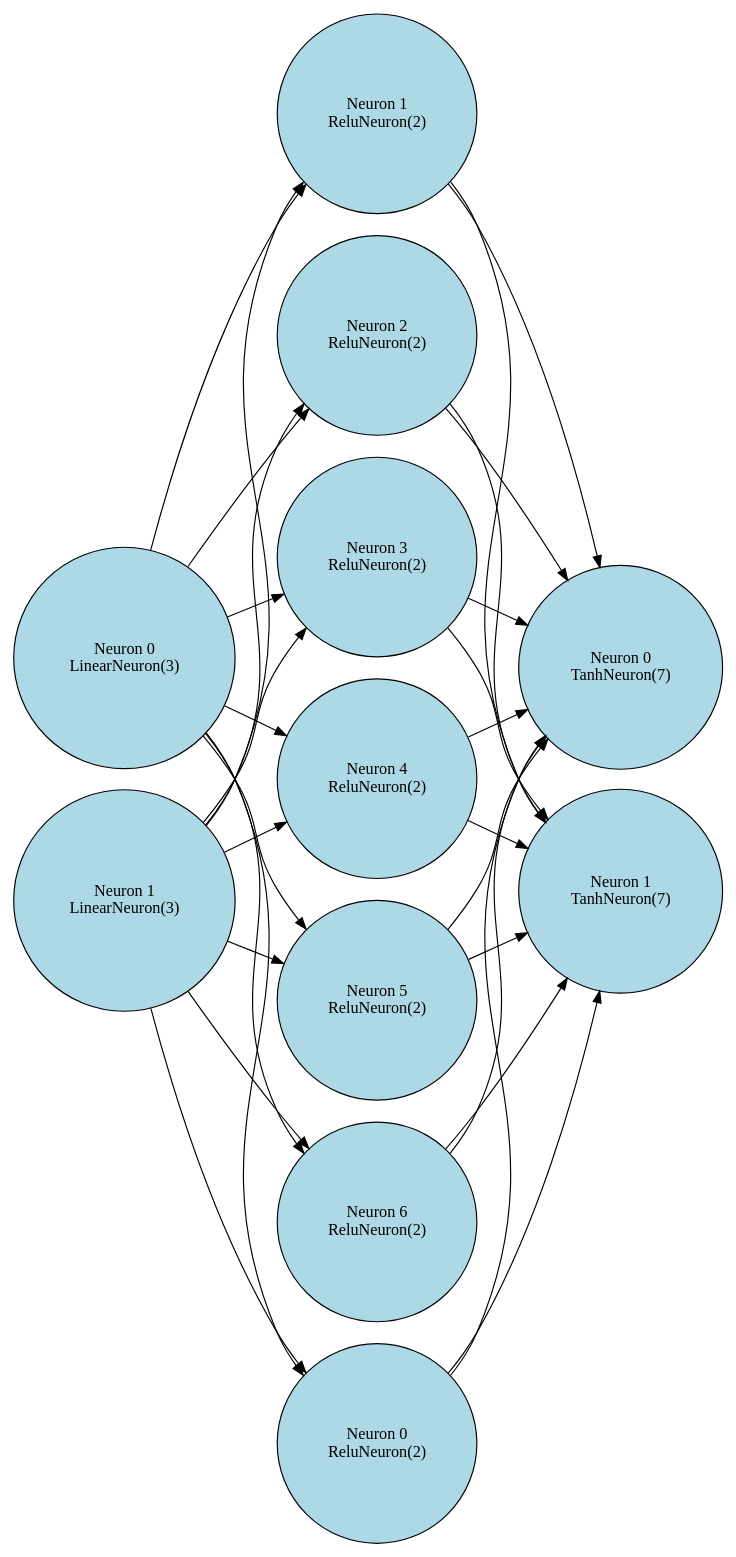
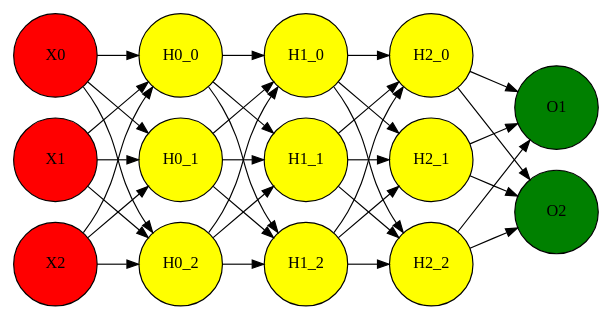
One commit to miannetopokki/IF3270_Tubes1_MachineLearning changed the diagram in src/mlp.dot. Above: the diagram before and after it, drawn with Graphviz. The commit also changed 7 other files, not shown here.

Commit message:
fix:graph output

```diff
--- a/src/mlp.dot
+++ b/src/mlp.dot
@@ -1,53 +1,50 @@
 digraph {
 	graph [rankdir=LR]
-	layer0_neuron0 [label="Neuron 0
-LinearNeuron(3)" fillcolor=lightblue shape=circle style=filled]
-	layer0_neuron1 [label="Neuron 1
-LinearNeuron(3)" fillcolor=lightblue shape=circle style=filled]
-	layer1_neuron0 [label="Neuron 0
-ReluNeuron(2)" fillcolor=lightblue shape=circle style=filled]
-	layer1_neuron1 [label="Neuron 1
-ReluNeuron(2)" fillcolor=lightblue shape=circle style=filled]
-	layer1_neuron2 [label="Neuron 2
-ReluNeuron(2)" fillcolor=lightblue shape=circle style=filled]
-	layer1_neuron3 [label="Neuron 3
-ReluNeuron(2)" fillcolor=lightblue shape=circle style=filled]
-	layer1_neuron4 [label="Neuron 4
-ReluNeuron(2)" fillcolor=lightblue shape=circle style=filled]
-	layer1_neuron5 [label="Neuron 5
-ReluNeuron(2)" fillcolor=lightblue shape=circle style=filled]
-	layer1_neuron6 [label="Neuron 6
-ReluNeuron(2)" fillcolor=lightblue shape=circle style=filled]
-	layer2_neuron0 [label="Neuron 0
-TanhNeuron(7)" fillcolor=lightblue shape=circle style=filled]
-	layer2_neuron1 [label="Neuron 1
-TanhNeuron(7)" fillcolor=lightblue shape=circle style=filled]
+	input0 [label=X0 fillcolor=red height=1.0 shape=circle style=filled width=1.0]
+	input1 [label=X1 fillcolor=red height=1.0 shape=circle style=filled width=1.0]
+	input2 [label=X2 fillcolor=red height=1.0 shape=circle style=filled width=1.0]
+	layer0_neuron0 [label=H0_0 fillcolor=yellow height=1.0 shape=circle style=filled width=1.0]
+	layer0_neuron1 [label=H0_1 fillcolor=yellow height=1.0 shape=circle style=filled width=1.0]
+	layer0_neuron2 [label=H0_2 fillcolor=yellow height=1.0 shape=circle style=filled width=1.0]
+	layer1_neuron0 [label=H1_0 fillcolor=yellow height=1.0 shape=circle style=filled width=1.0]
+	layer1_neuron1 [label=H1_1 fillcolor=yellow height=1.0 shape=circle style=filled width=1.0]
+	layer1_neuron2 [label=H1_2 fillcolor=yellow height=1.0 shape=circle style=filled width=1.0]
+	layer2_neuron0 [label=H2_0 fillcolor=yellow height=1.0 shape=circle style=filled width=1.0]
+	layer2_neuron1 [label=H2_1 fillcolor=yellow height=1.0 shape=circle style=filled width=1.0]
+	layer2_neuron2 [label=H2_2 fillcolor=yellow height=1.0 shape=circle style=filled width=1.0]
+	layer3_neuron0 [label=O1 fillcolor=green height=1.0 shape=circle style=filled width=1.0]
+	layer3_neuron1 [label=O2 fillcolor=green height=1.0 shape=circle style=filled width=1.0]
+	input0 -> layer0_neuron0
+	input0 -> layer0_neuron1
+	input0 -> layer0_neuron2
+	input1 -> layer0_neuron0
+	input1 -> layer0_neuron1
+	input1 -> layer0_neuron2
+	input2 -> layer0_neuron0
+	input2 -> layer0_neuron1
+	input2 -> layer0_neuron2
 	layer0_neuron0 -> layer1_neuron0
 	layer0_neuron0 -> layer1_neuron1
 	layer0_neuron0 -> layer1_neuron2
-	layer0_neuron0 -> layer1_neuron3
-	layer0_neuron0 -> layer1_neuron4
-	layer0_neuron0 -> layer1_neuron5
-	layer0_neuron0 -> layer1_neuron6
 	layer0_neuron1 -> layer1_neuron0
 	layer0_neuron1 -> layer1_neuron1
 	layer0_neuron1 -> layer1_neuron2
-	layer0_neuron1 -> layer1_neuron3
-	layer0_neuron1 -> layer1_neuron4
-	layer0_neuron1 -> layer1_neuron5
-	layer0_neuron1 -> layer1_neuron6
+	layer0_neuron2 -> layer1_neuron0
+	layer0_neuron2 -> layer1_neuron1
+	layer0_neuron2 -> layer1_neuron2
 	layer1_neuron0 -> layer2_neuron0
 	layer1_neuron0 -> layer2_neuron1
+	layer1_neuron0 -> layer2_neuron2
 	layer1_neuron1 -> layer2_neuron0
 	layer1_neuron1 -> layer2_neuron1
+	layer1_neuron1 -> layer2_neuron2
 	layer1_neuron2 -> layer2_neuron0
 	layer1_neuron2 -> layer2_neuron1
-	layer1_neuron3 -> layer2_neuron0
-	layer1_neuron3 -> layer2_neuron1
-	layer1_neuron4 -> layer2_neuron0
-	layer1_neuron4 -> layer2_neuron1
-	layer1_neuron5 -> layer2_neuron0
-	layer1_neuron5 -> layer2_neuron1
-	layer1_neuron6 -> layer2_neuron0
-	layer1_neuron6 -> layer2_neuron1
+	layer1_neuron2 -> layer2_neuron2
+	layer2_neuron0 -> layer3_neuron0
+	layer2_neuron0 -> layer3_neuron1
+	layer2_neuron1 -> layer3_neuron0
+	layer2_neuron1 -> layer3_neuron1
+	layer2_neuron2 -> layer3_neuron0
+	layer2_neuron2 -> layer3_neuron1
 }
```
